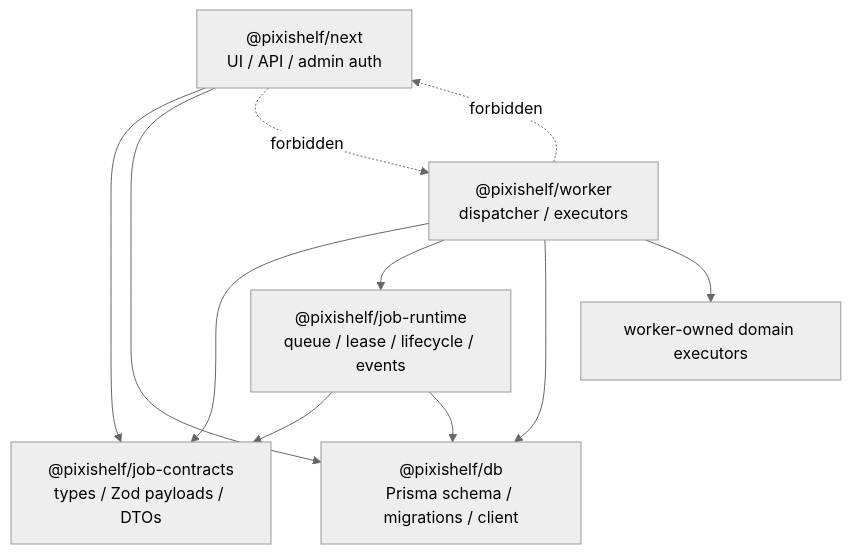
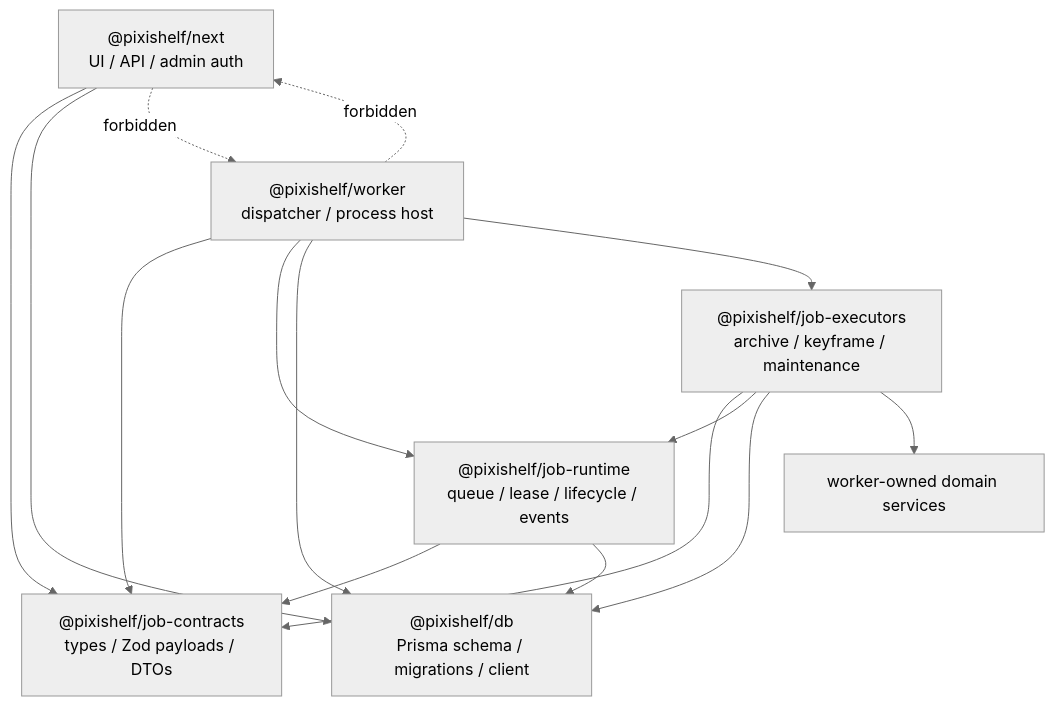
The third of 7 diagrams in docs/design/background-task-architecture.md (namehu/PixiShelf), drawn with Mermaid (neutral theme) before and after one commit. The commit also changed other lines of this file and 81 other files, not shown here.

````diff
--- a/docs/design/background-task-architecture.md
+++ b/docs/design/background-task-architecture.md
@@ -210,20 +210,25 @@
 ```mermaid
 flowchart TB
   Next["@pixishelf/next<br/>UI / API / admin auth"]
-  Worker["@pixishelf/worker<br/>dispatcher / executors"]
+  Worker["@pixishelf/worker<br/>dispatcher / process host"]
+  Executors["@pixishelf/job-executors<br/>archive / keyframe / maintenance"]
   Contracts["@pixishelf/job-contracts<br/>types / Zod payloads / DTOs"]
   Runtime["@pixishelf/job-runtime<br/>queue / lease / lifecycle / events"]
   DB["@pixishelf/db<br/>Prisma schema / migrations / client"]
-  Domain["worker-owned domain executors"]
+  Domain["worker-owned domain services"]
 
   Next --> Contracts
   Next --> DB
   Worker --> Contracts
   Worker --> Runtime
   Worker --> DB
-  Worker --> Domain
+  Worker --> Executors
+  Executors --> Contracts
+  Executors --> Runtime
+  Executors --> DB
+  Executors --> Domain
   Runtime --> Contracts
   Runtime --> DB
   Next -. forbidden .-> Worker
   Worker -. forbidden .-> Next
 ```
````
